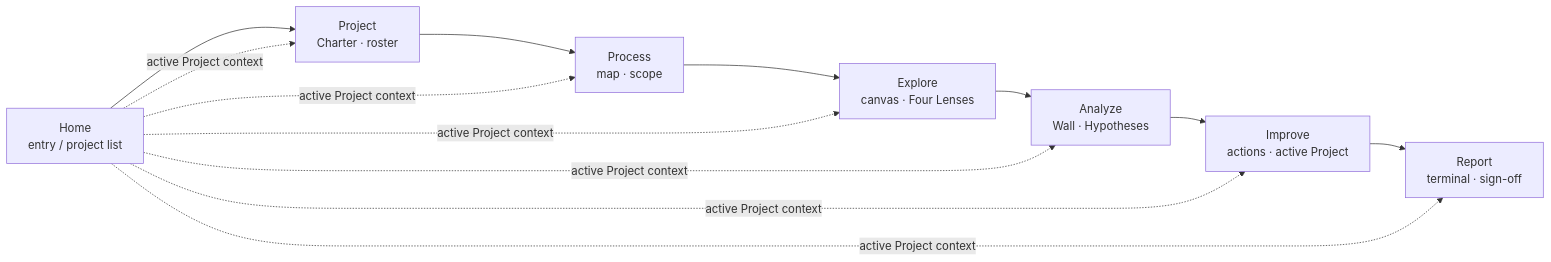
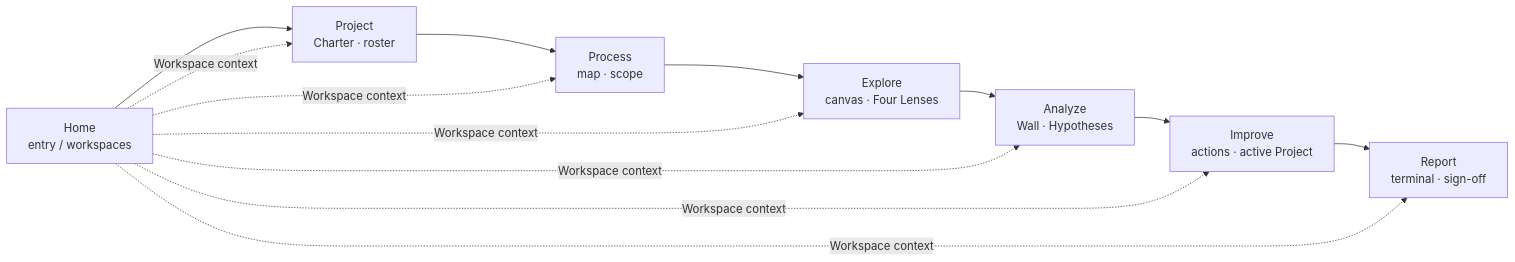
One commit to jukka-matti/variscout changed the diagram in docs/02-journeys/ia-nav-model.md. Above: the diagram before and after it, drawn with Mermaid. The commit also changed other lines of this file and 26 other files, not shown here.

````diff
--- a/docs/02-journeys/ia-nav-model.md
+++ b/docs/02-journeys/ia-nav-model.md
@@ -18,24 +18,24 @@
 ```mermaid
 flowchart LR
-    Home[Home<br/>entry / project list]
+    Home[Home<br/>entry / workspaces]
     Project[Project<br/>Charter · roster]
     Process[Process<br/>map · scope]
     Explore[Explore<br/>canvas · Four Lenses]
     Analyze[Analyze<br/>Wall · Hypotheses]
     Improve[Improve<br/>actions · active Project]
     Report[Report<br/>terminal · sign-off]
 
     Home --> Project
     Project --> Process
     Process --> Explore
     Explore --> Analyze
     Analyze --> Improve
     Improve --> Report
 
-    Home -. active Project context .-> Project
-    Home -. active Project context .-> Process
-    Home -. active Project context .-> Explore
-    Home -. active Project context .-> Analyze
-    Home -. active Project context .-> Improve
-    Home -. active Project context .-> Report
+    Home -. Workspace context .-> Project
+    Home -. Workspace context .-> Process
+    Home -. Workspace context .-> Explore
+    Home -. Workspace context .-> Analyze
+    Home -. Workspace context .-> Improve
+    Home -. Workspace context .-> Report
 ```
````
